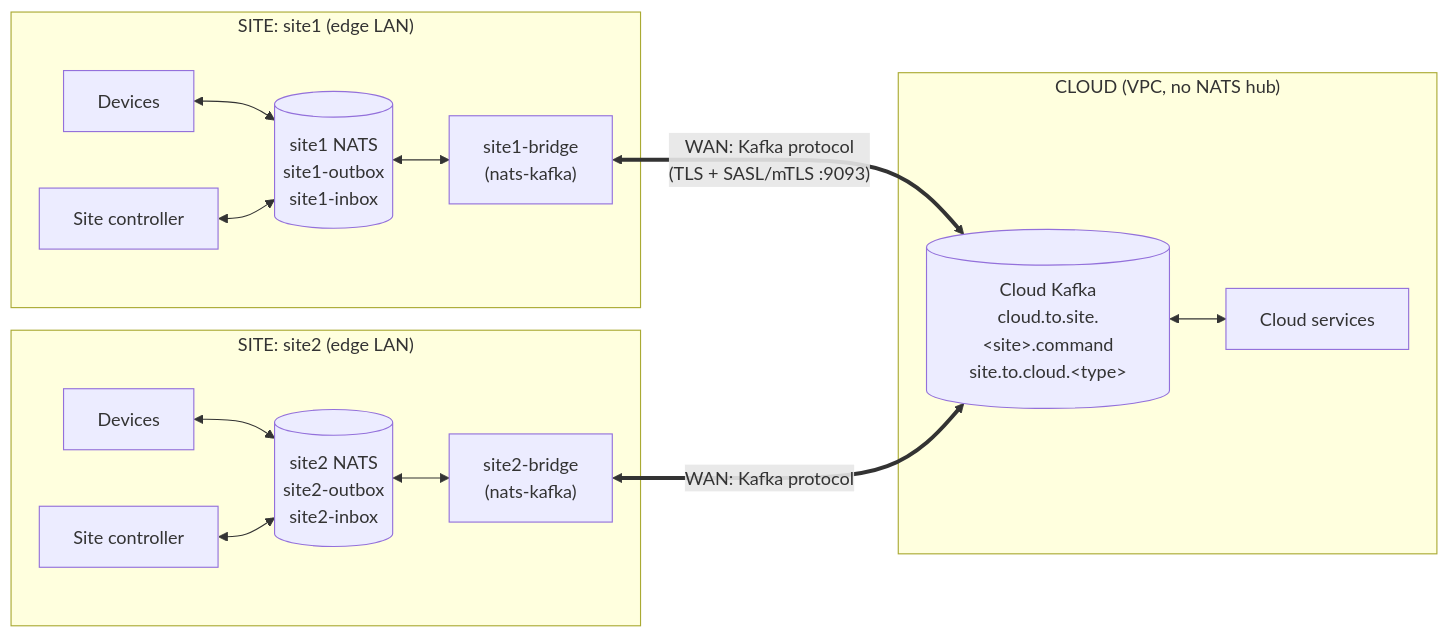
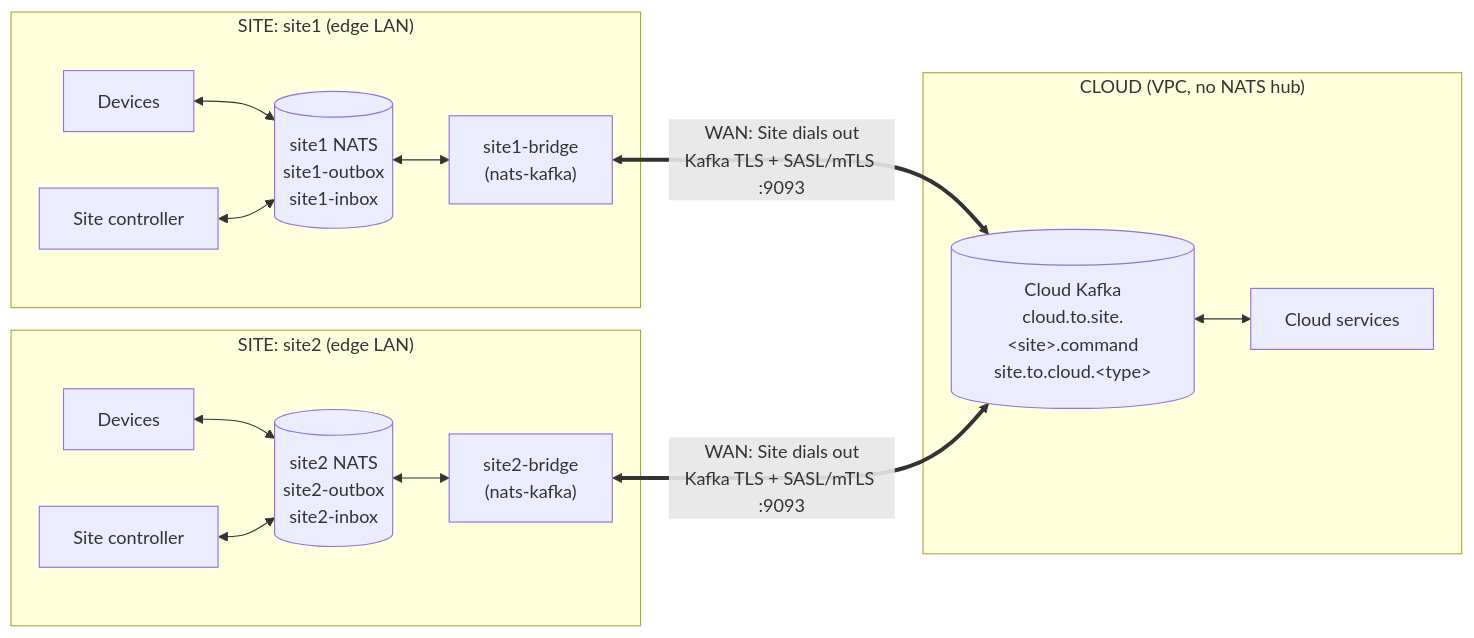
One commit to jinternals/nats-demo changed the first of 3 diagrams in pattern-b-direct-kafka/README.md. Above: the diagram before and after it, drawn with Mermaid. The commit also changed 10 other files, not shown here.

Commit message:
Add Pattern C (Cloud Bridge -> Site NATS) and unify all Site/WAN/Cloud diagrams

````diff
--- a/pattern-b-direct-kafka/README.md
+++ b/pattern-b-direct-kafka/README.md
@@ -21,23 +21,23 @@
 ```mermaid
 flowchart LR
   subgraph site1["SITE: site1 (edge LAN)"]
     d1["Devices"] <--> s1[("site1 NATS<br/>site1-outbox<br/>site1-inbox")]
     k1["Site controller"] <--> s1
     s1 <--> b1["site1-bridge<br/>(nats-kafka)"]
   end
 
   subgraph site2["SITE: site2 (edge LAN)"]
     d2["Devices"] <--> s2[("site2 NATS<br/>site2-outbox<br/>site2-inbox")]
     k2["Site controller"] <--> s2
     s2 <--> b2["site2-bridge<br/>(nats-kafka)"]
   end
 
   subgraph cloud["CLOUD (VPC, no NATS hub)"]
     kafka[("Cloud Kafka<br/>cloud.to.site.&lt;site&gt;.command<br/>site.to.cloud.&lt;type&gt;")]
     svc["Cloud services"]
     kafka <--> svc
   end
 
-  b1 <== "WAN: Kafka protocol<br/>(TLS + SASL/mTLS :9093)" ==> kafka
-  b2 <== "WAN: Kafka protocol" ==> kafka
+  b1 <== "WAN: Site dials out<br/>Kafka TLS + SASL/mTLS :9093" ==> kafka
+  b2 <== "WAN: Site dials out<br/>Kafka TLS + SASL/mTLS :9093" ==> kafka
 ```
````
